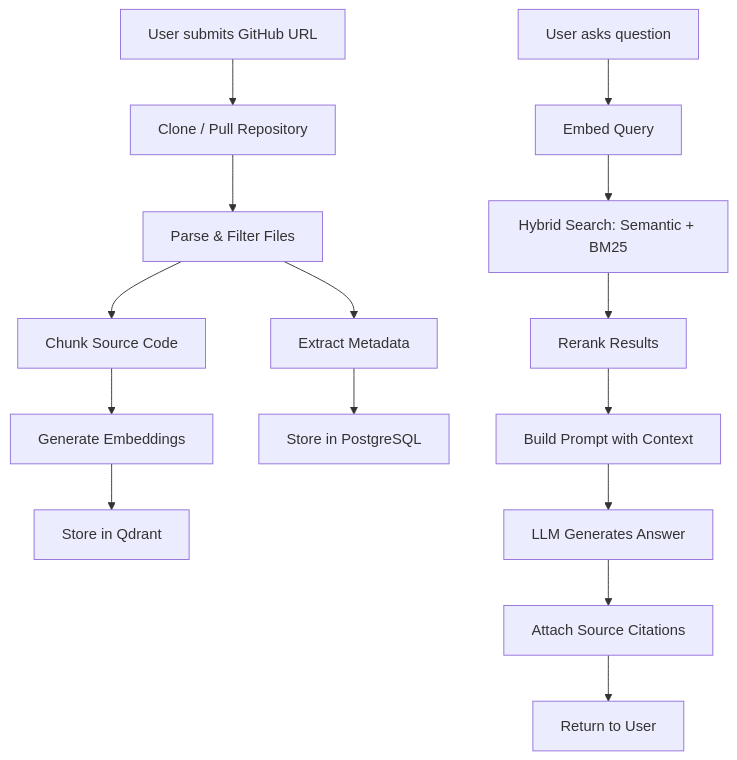
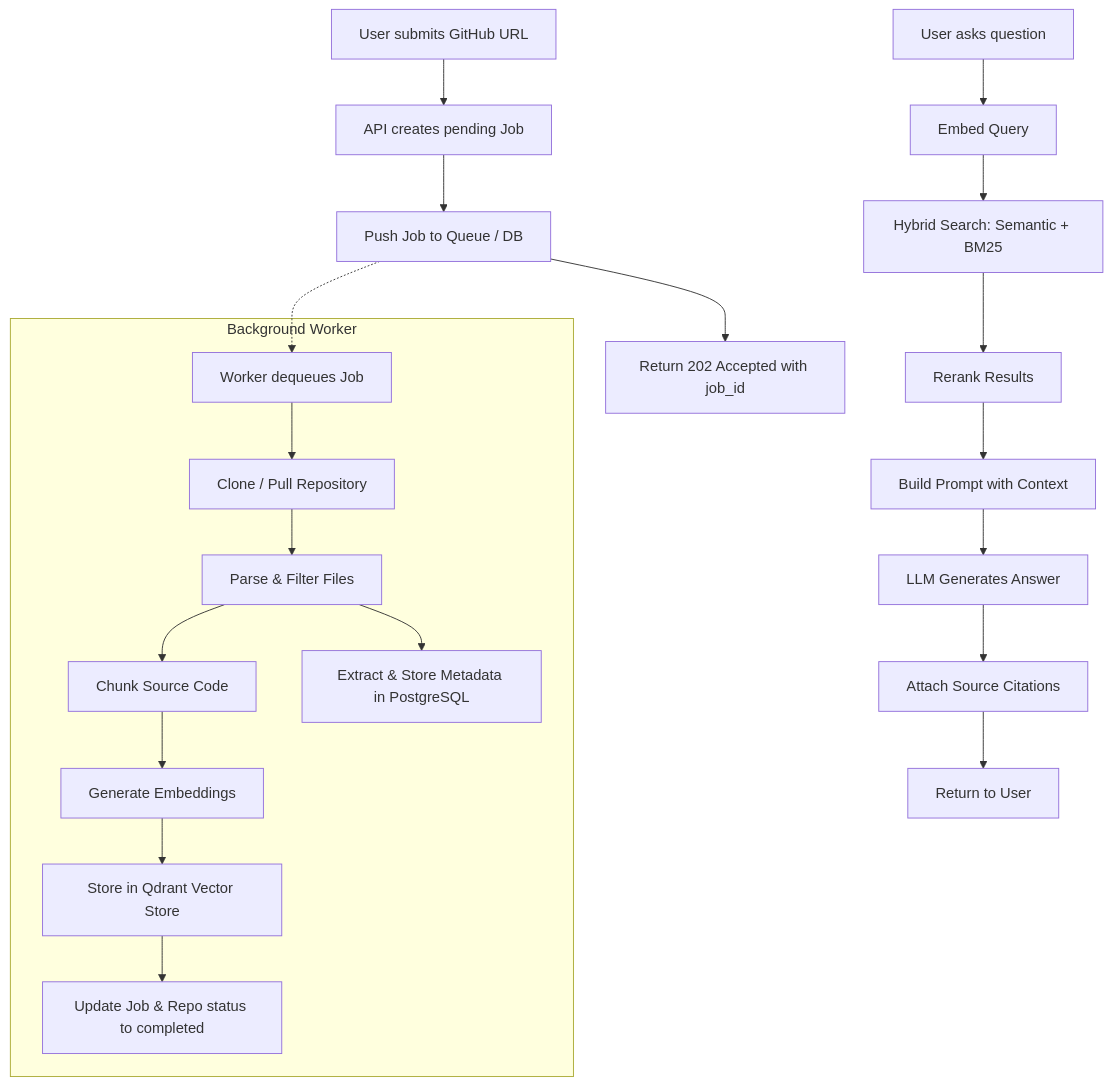
One commit to dimeneman/Repo-Pilot changed the second of 2 diagrams in README.md. Above: the diagram before and after it, drawn with Mermaid. The commit also changed other lines of this file and 16 other files, not shown here.

Commit message:
Refactor ingestion to worker-based flow

````diff
--- a/README.md
+++ b/README.md
@@ -43,18 +46,26 @@
 ```mermaid
 flowchart TD
-    A[User submits GitHub URL] --> B[Clone / Pull Repository]
-    B --> C[Parse & Filter Files]
-    C --> D[Chunk Source Code]
-    D --> E[Generate Embeddings]
-    E --> F[Store in Qdrant]
-    C --> G[Extract Metadata]
-    G --> H[Store in PostgreSQL]
+    A[User submits GitHub URL] --> B[API creates pending Job]
+    B --> C[Push Job to Queue / DB]
+    C --> D[Return 202 Accepted with job_id]
     
-    I[User asks question] --> J[Embed Query]
-    J --> K[Hybrid Search: Semantic + BM25]
-    K --> L[Rerank Results]
-    L --> M[Build Prompt with Context]
-    M --> N[LLM Generates Answer]
-    N --> O[Attach Source Citations]
-    O --> P[Return to User]
+    subgraph Background Worker
+        E[Worker dequeues Job] --> F[Clone / Pull Repository]
+        F --> G[Parse & Filter Files]
+        G --> H[Chunk Source Code]
+        H --> I[Generate Embeddings]
+        I --> J[Store in Qdrant Vector Store]
+        G --> K[Extract & Store Metadata in PostgreSQL]
+        J --> L[Update Job & Repo status to completed]
+    end
+    
+    C -.-> E
+    
+    M[User asks question] --> N[Embed Query]
+    N --> O[Hybrid Search: Semantic + BM25]
+    O --> P[Rerank Results]
+    P --> Q[Build Prompt with Context]
+    Q --> R[LLM Generates Answer]
+    R --> S[Attach Source Citations]
+    S --> T[Return to User]
 ```
````
